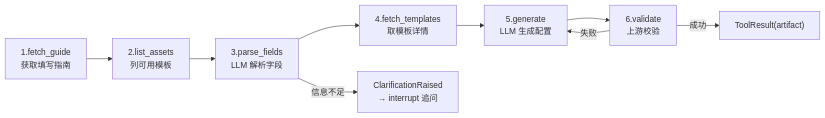
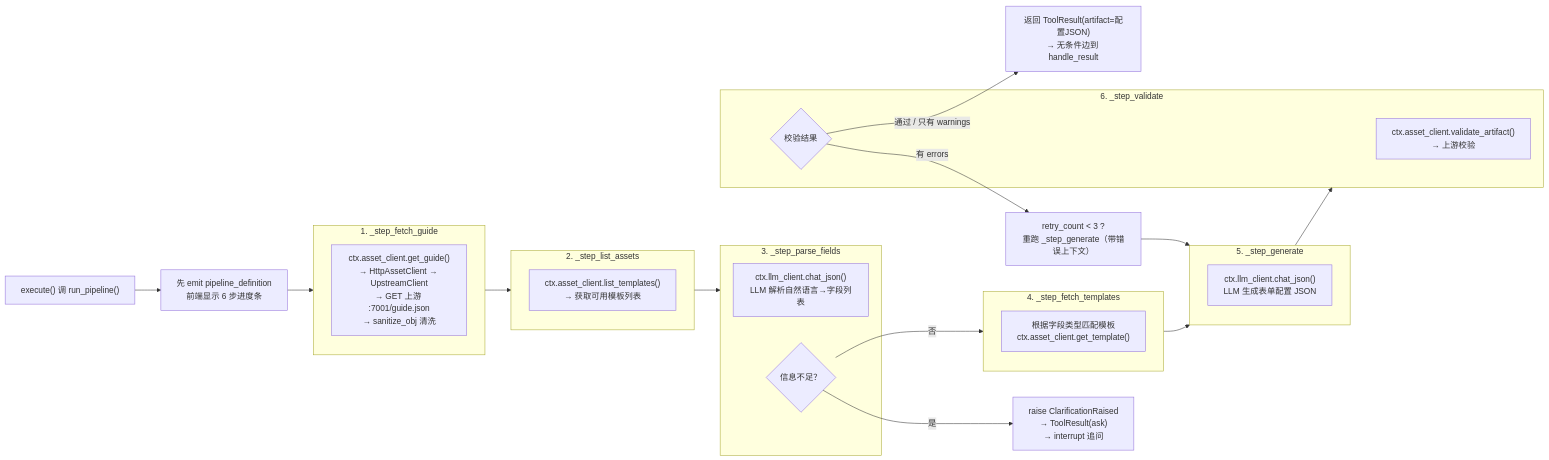
Before and after one commit to 996Code/llm-to-modeler: the fifth of 15 diagrams in doc/系统架构与学习指南.md, drawn with Mermaid. The commit also changed other lines of this file, not shown here.

First line of the commit message:
fix: 全面修正调用链断联 + 状态机图 + 行号 + 衔接说明

````diff
--- a/doc/系统架构与学习指南.md
+++ b/doc/系统架构与学习指南.md
@@ -131,11 +136,38 @@
 ```mermaid
 flowchart LR
-    S1["1.fetch_guide<br/>获取填写指南"] --> S2["2.list_assets<br/>列可用模板"]
-    S2 --> S3["3.parse_fields<br/>LLM 解析字段"]
-    S3 --> S4["4.fetch_templates<br/>取模板详情"]
-    S4 --> S5["5.generate<br/>LLM 生成配置"]
-    S5 --> S6["6.validate<br/>上游校验"]
-    S6 -->|失败| S5
-    S6 -->|成功| Done["ToolResult(artifact)"]
-    S3 -->|信息不足| Clarify["ClarificationRaised<br/>→ interrupt 追问"]
+    Start["execute() 调 run_pipeline()"] --> Emit["先 emit pipeline_definition<br/>前端显示 6 步进度条"]
+    Emit --> S1
+
+    subgraph S1["1. _step_fetch_guide"]
+        S1a["ctx.asset_client.get_guide()<br/>→ HttpAssetClient → UpstreamClient<br/>→ GET 上游 :7001/guide.json<br/>→ sanitize_obj 清洗"]
+    end
+
+    subgraph S2["2. _step_list_assets"]
+        S2a["ctx.asset_client.list_templates()<br/>→ 获取可用模板列表"]
+    end
+
+    subgraph S3["3. _step_parse_fields"]
+        S3a["ctx.llm_client.chat_json()<br/>LLM 解析自然语言→字段列表"]
+        S3b{"信息不足？"}
+    end
+
+    subgraph S4["4. _step_fetch_templates"]
+        S4a["根据字段类型匹配模板<br/>ctx.asset_client.get_template()"]
+    end
+
+    subgraph S5["5. _step_generate"]
+        S5a["ctx.llm_client.chat_json()<br/>LLM 生成表单配置 JSON"]
+    end
+
+    subgraph S6["6. _step_validate"]
+        S6a["ctx.asset_client.validate_artifact()<br/>→ 上游校验"]
+        S6b{"校验结果"}
+    end
+
+    S1 --> S2 --> S3
+    S3b -->|否| S4 --> S5 --> S6
+    S3b -->|是| Clarify["raise ClarificationRaised<br/>→ ToolResult(ask)<br/>→ interrupt 追问"]
+    S6b -->|有 errors| Retry["retry_count < 3 ?<br/>重跑 _step_generate（带错误上下文）"]
+    Retry --> S5
+    S6b -->|通过 / 只有 warnings| Done["返回 ToolResult(artifact=配置JSON)<br/>→ 无条件边到 handle_result"]
 ```
````
